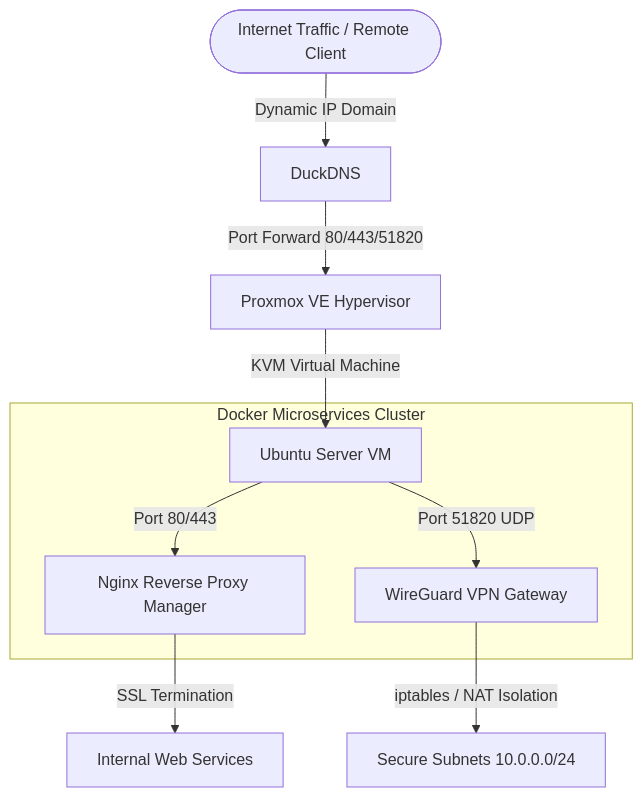
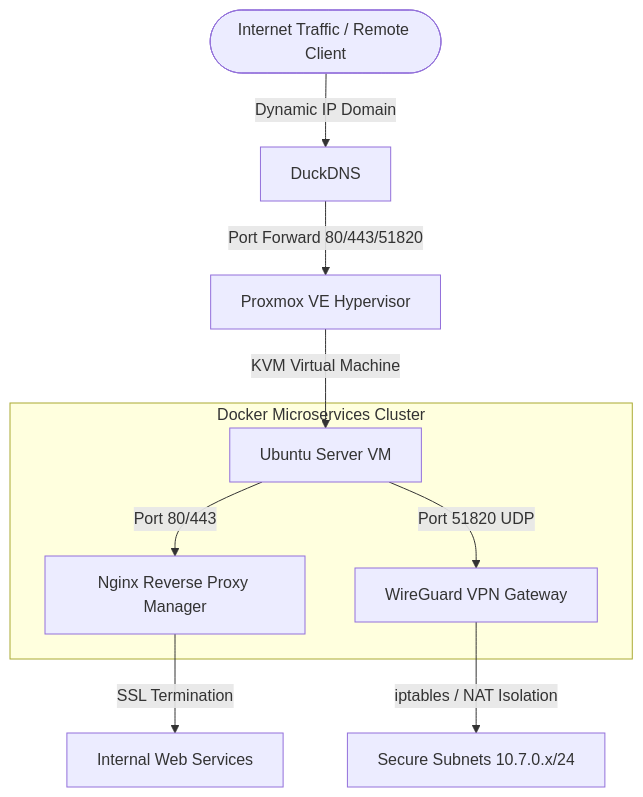
The diagram in README.md (tranngocsonDEV/WireGuard-VPN-Secure-Edge-Gateway), drawn with Mermaid before and after one commit.

````diff
--- a/README.md
+++ b/README.md
@@ -7,14 +7,14 @@
 ```mermaid
 graph TD
     User([Internet Traffic / Remote Client]) -->|Dynamic IP Domain| DDNS[DuckDNS]
     DDNS -->|Port Forward 80/443/51820| PVE[Proxmox VE Hypervisor]
     PVE -->|KVM Virtual Machine| Ubuntu[Ubuntu Server VM]
     
     subgraph Docker Microservices Cluster
         Ubuntu -->|Port 80/443| Nginx[Nginx Reverse Proxy Manager]
         Ubuntu -->|Port 51820 UDP| WG[WireGuard VPN Gateway]
     end
     
     Nginx -->|SSL Termination| Web[Internal Web Services]
-    WG -->|iptables / NAT Isolation| Subnet[Secure Subnets 10.0.0.0/24]
+    WG -->|iptables / NAT Isolation| Subnet[Secure Subnets 10.7.0.x/24]
 ```
````
